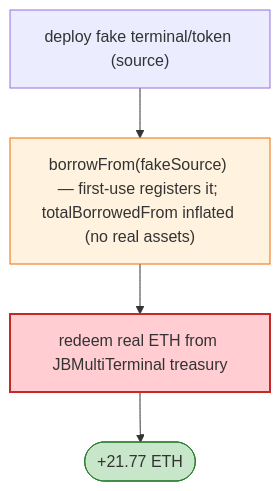
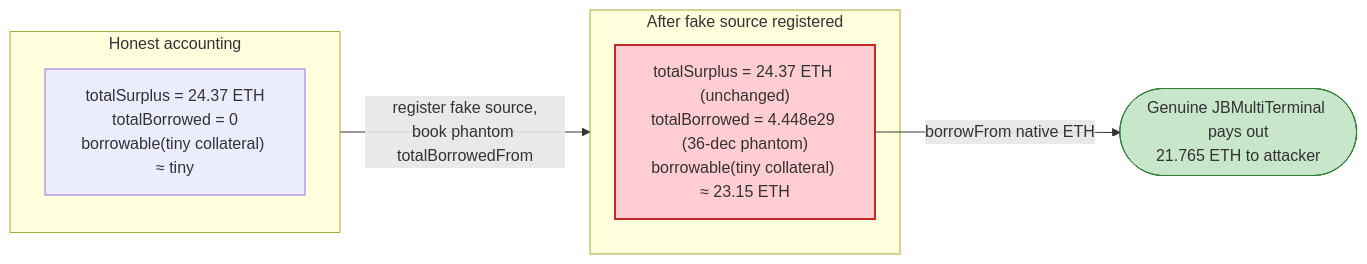
One commit to sanbir/evm-hack-registry changed the fourth of 4 diagrams in 2026-04-JuiceboxREVLoans_exp/JuiceboxREVLoans_exp.md. Above: the diagram before and after it, drawn with Mermaid. The commit also changed other lines of this file and 32 other files, not shown here.

````diff
--- a/2026-04-JuiceboxREVLoans_exp/JuiceboxREVLoans_exp.md
+++ b/2026-04-JuiceboxREVLoans_exp/JuiceboxREVLoans_exp.md
@@ -40,10 +321,14 @@
 ```mermaid
-flowchart TD
-    FS["deploy fake terminal/token (source)"] --> BF["borrowFrom(fakeSource) — first-use registers it; totalBorrowedFrom inflated (no real assets)"]
-    BF --> RD["redeem real ETH from JBMultiTerminal treasury"]
-    RD --> OUT(["+21.77 ETH"])
+flowchart LR
+    subgraph Before["Honest accounting"]
+        B["totalSurplus = 24.37 ETH<br/>totalBorrowed = 0<br/>borrowable(tiny collateral) ≈ tiny"]
+    end
+    subgraph After["After fake source registered"]
+        A["totalSurplus = 24.37 ETH (unchanged)<br/>totalBorrowed = 4.448e29 (36-dec phantom)<br/>borrowable(tiny collateral) ≈ 23.15 ETH"]
+    end
+    Before -->|"register fake source,<br/>book phantom totalBorrowedFrom"| After
+    A -->|"borrowFrom native ETH"| Drain(["Genuine JBMultiTerminal pays out<br/>21.765 ETH to attacker"])
 
-    style BF fill:#fff3e0,stroke:#ef6c00
-    style RD fill:#ffcdd2,stroke:#c62828,stroke-width:2px
-    style OUT fill:#c8e6c9,stroke:#2e7d32
+    style A fill:#ffcdd2,stroke:#c62828,stroke-width:2px
+    style Drain fill:#c8e6c9,stroke:#2e7d32
 ```
````
